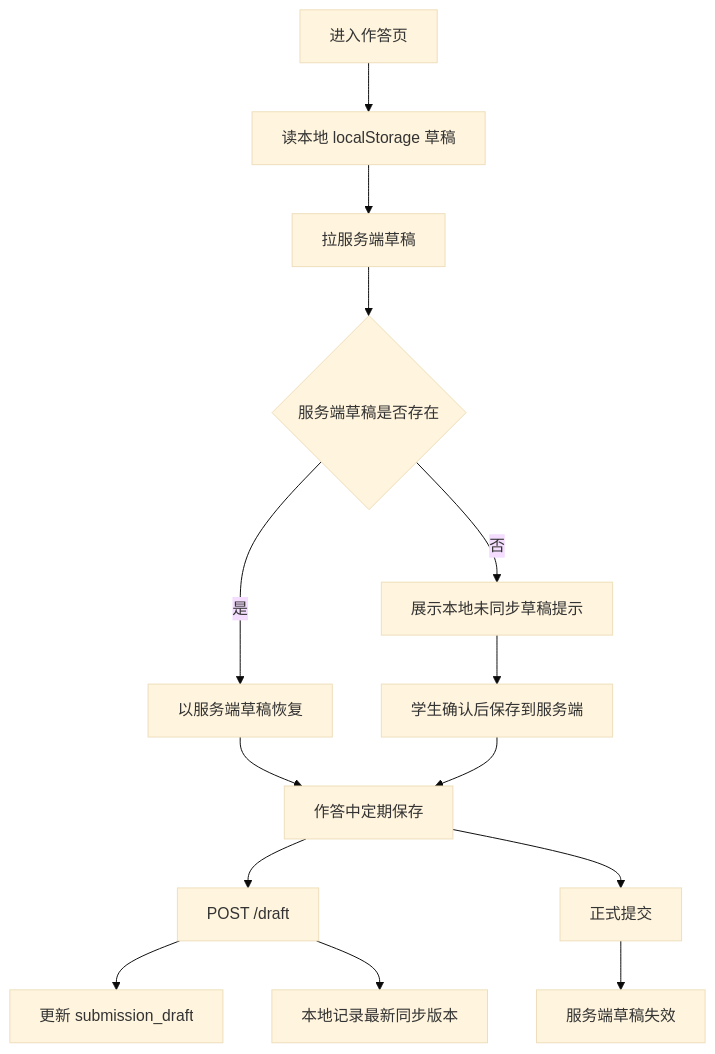
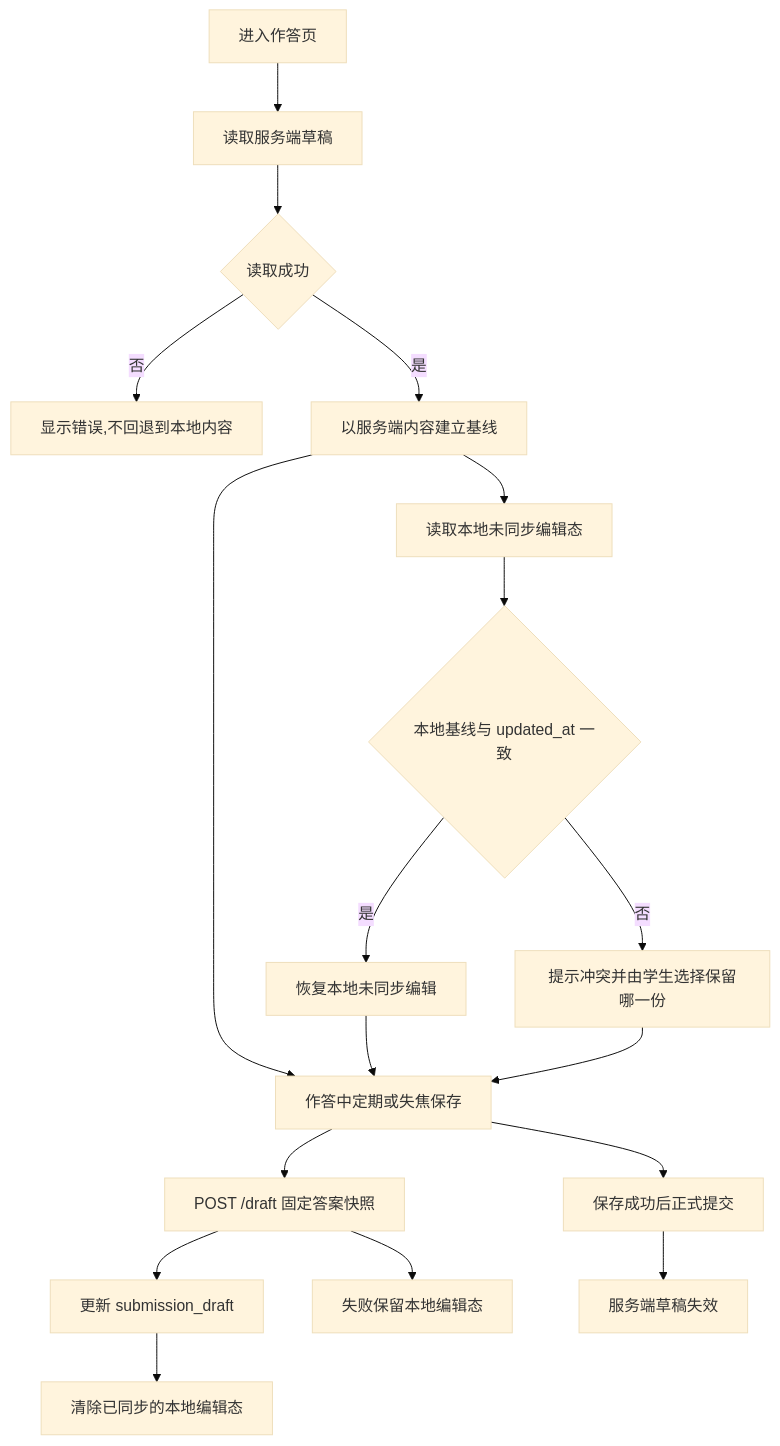
One commit to menghuishisan/CHAIMIR changed the fifth of 7 diagrams in docs/06-教学/05-业务流程与状态机.md. Above: the diagram before and after it, drawn with Mermaid (base theme). The commit also changed other lines of this file and 322 other files, not shown here.

````diff
--- a/docs/06-教学/05-业务流程与状态机.md
+++ b/docs/06-教学/05-业务流程与状态机.md
@@ -89,16 +90,20 @@
 ```mermaid
 flowchart TD
-    A[进入作答页] --> B[读本地 localStorage 草稿]
-    B --> C[拉服务端草稿]
-    C --> D{服务端草稿是否存在}
-    D -->|是| E[以服务端草稿恢复]
-    D -->|否| F[展示本地未同步草稿提示]
-    F --> G[学生确认后保存到服务端]
-    E --> H[作答中定期保存]
-    G --> H
-    H --> I[POST /draft]
-    I --> J[更新 submission_draft]
-    I --> K[本地记录最新同步版本]
-    H --> L[正式提交]
-    L --> M[服务端草稿失效]
+    A[进入作答页] --> B[读取服务端草稿]
+    B --> C{读取成功}
+    C -->|否| Z[显示错误,不回退到本地内容]
+    C -->|是| D[以服务端内容建立基线]
+    D --> E[读取本地未同步编辑态]
+    E --> F{本地基线与 updated_at 一致}
+    F -->|是| G[恢复本地未同步编辑]
+    F -->|否| H[提示冲突并由学生选择保留哪一份]
+    D --> I[作答中定期或失焦保存]
+    G --> I
+    H --> I
+    I --> J[POST /draft 固定答案快照]
+    J --> K[更新 submission_draft]
+    K --> L[清除已同步的本地编辑态]
+    J --> M[失败保留本地编辑态]
+    I --> N[保存成功后正式提交]
+    N --> O[服务端草稿失效]
 ```
````
